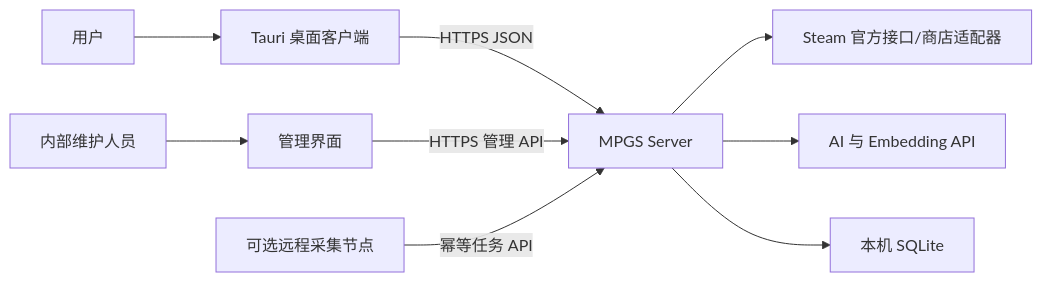
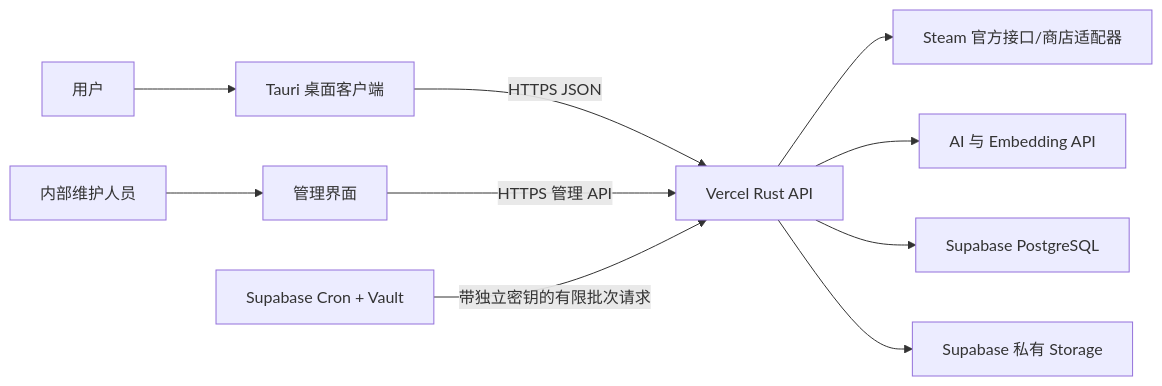
The first of 5 diagrams in docs/ARCHITECTURE.md (Lotulune/lobbytally), drawn with Mermaid before and after one commit. The commit also changed other lines of this file and 79 other files, not shown here.

First line of the commit message:
Migrate LobbyTally to Vercel and Supabase

````diff
--- a/docs/ARCHITECTURE.md
+++ b/docs/ARCHITECTURE.md
@@ -20,11 +20,12 @@
 ```mermaid
 flowchart LR
     User["用户"] --> Desktop["Tauri 桌面客户端"]
     Admin["内部维护人员"] --> AdminUI["管理界面"]
-    Desktop -->|"HTTPS JSON"| Server["MPGS Server"]
+    Desktop -->|"HTTPS JSON"| Server["Vercel Rust API"]
     AdminUI -->|"HTTPS 管理 API"| Server
     Server --> Steam["Steam 官方接口/商店适配器"]
     Server --> AI["AI 与 Embedding API"]
-    Server --> DB["本机 SQLite"]
-    Collector["可选远程采集节点"] -->|"幂等任务 API"| Server
+    Server --> DB["Supabase PostgreSQL"]
+    Server --> Files["Supabase 私有 Storage"]
+    Cron["Supabase Cron + Vault"] -->|"带独立密钥的有限批次请求"| Server
 ```
````
